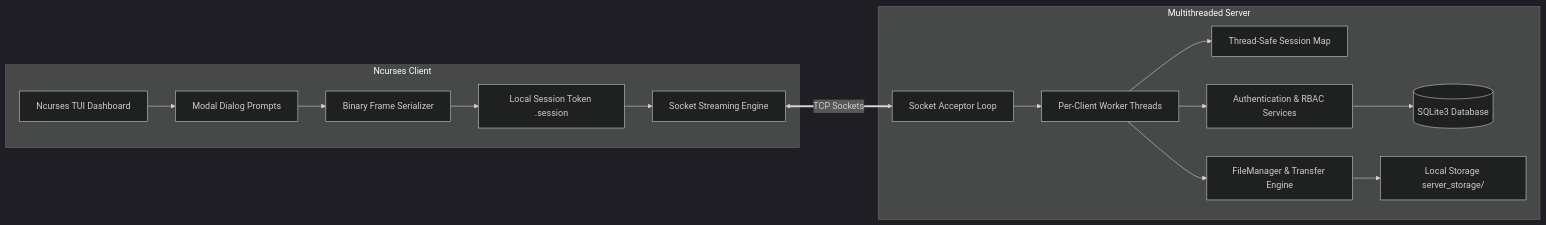
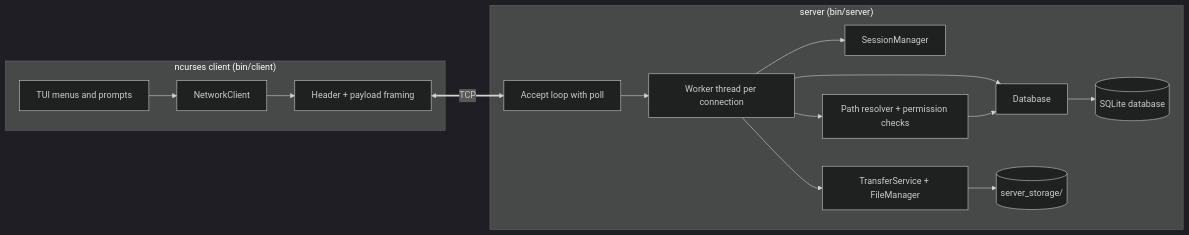
The diagram in README.md (NikhilRanjanSahoo/network-file-share), drawn with Mermaid (dark theme) before and after one commit. The commit also changed other lines of this file and 17 other files, not shown here.

````diff
--- a/README.md
+++ b/README.md
@@ -13,21 +43,20 @@
 ```mermaid
 graph LR
-    subgraph Client ["Ncurses Client"]
-        A[Ncurses TUI Dashboard] --> B[Modal Dialog Prompts]
-        B --> C[Binary Frame Serializer]
-        C --> D[Local Session Token .session]
-        D --> E[Socket Streaming Engine]
+    subgraph Client ["ncurses client (bin/client)"]
+        A[TUI menus and prompts] --> B[NetworkClient]
+        B --> C[Header + payload framing]
     end
 
-    subgraph Server ["Multithreaded Server"]
-        F[Socket Acceptor Loop] --> G[Per-Client Worker Threads]
-        G --> H[Thread-Safe Session Map]
-        G --> I[Authentication & RBAC Services]
-        G --> J[FileManager & Transfer Engine]
-        I --> K[(SQLite3 Database)]
-        J --> L[Local Storage server_storage/]
+    subgraph Server ["server (bin/server)"]
+        D[Accept loop with poll] --> E[Worker thread per connection]
+        E --> F[SessionManager]
+        E --> G[Path resolver + permission checks]
+        E --> H[TransferService + FileManager]
+        E --> I[Database]
+        G --> I
+        H --> J[(server_storage/)]
+        I --> K[(SQLite database)]
     end
 
-    E <== TCP Sockets ==> F
-
+    C <== TCP ==> D
 ```
````
